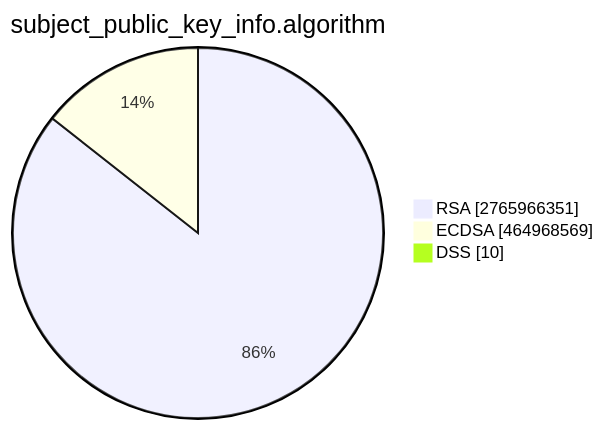
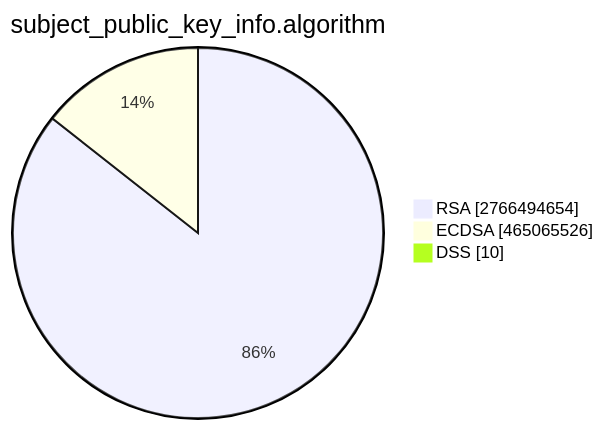
Before and after one commit to christiankrug/ctmonitor_visualization: the second of 15 diagrams in TOTAL/README.md, drawn with Mermaid. The commit also changed other lines of this file, not shown here.

````diff
--- a/TOTAL/README.md
+++ b/TOTAL/README.md
@@ -6,7 +6,7 @@
 ```mermaid
 pie showData
 title subject_public_key_info.algorithm
-"RSA" :2765966351
-"ECDSA" :464968569
+"RSA" :2766494654
+"ECDSA" :465065526
 "DSS" :10
 ```
````
